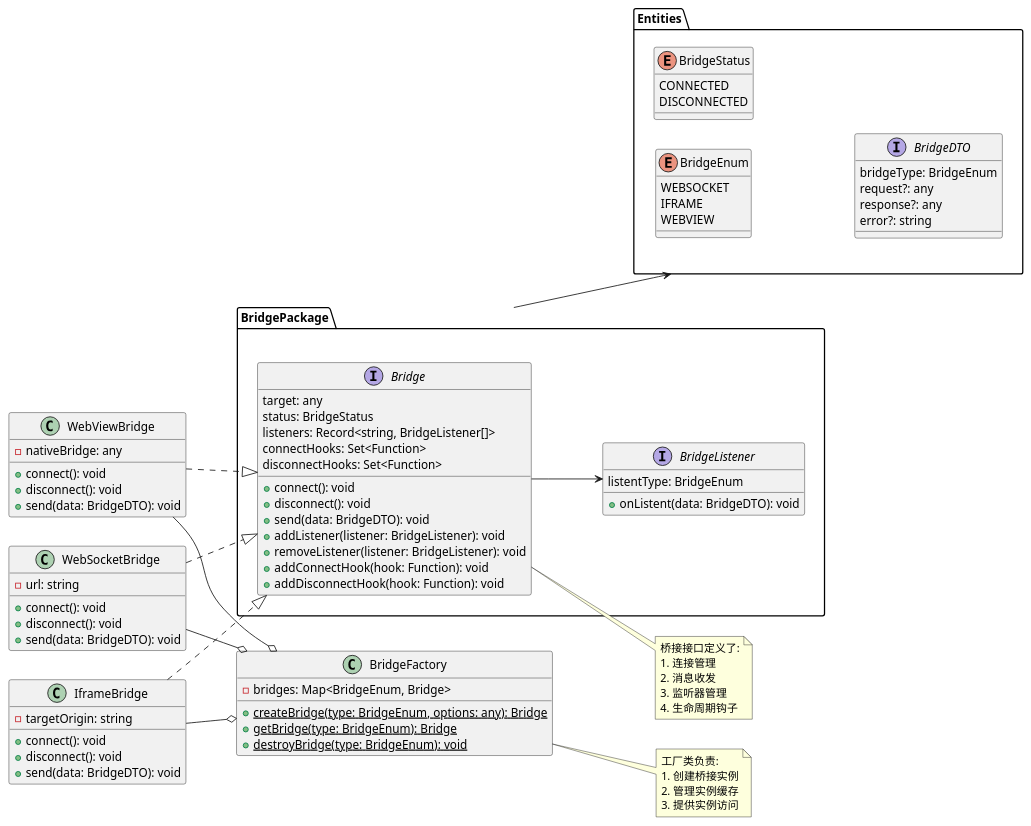
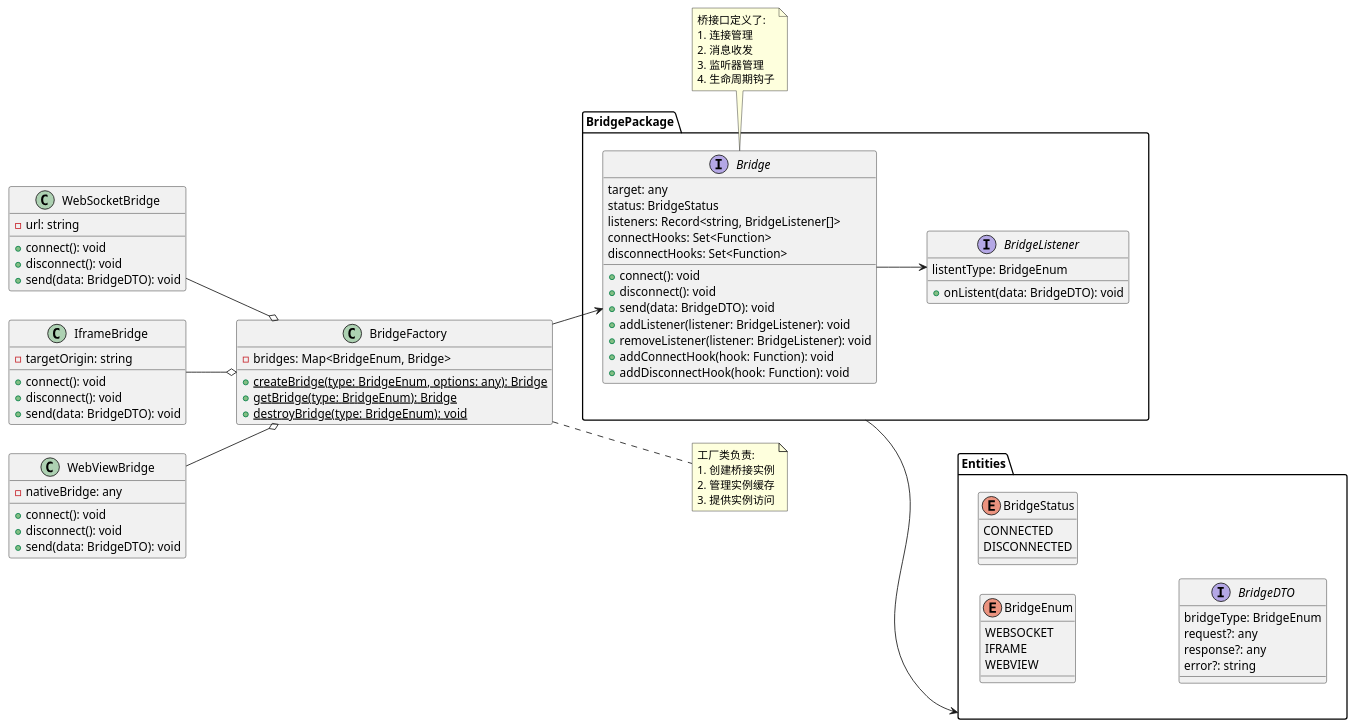
The third of 3 diagrams in docs/blogs/codes/js/多端通讯.md (inksnowhailong/inksnow-blog), drawn with PlantUML before and after one commit.

Commit message:
小改动

```diff
--- a/docs/blogs/codes/js/多端通讯.md
+++ b/docs/blogs/codes/js/多端通讯.md
@@ -886,17 +886,15 @@
 ' 关系定义
 BridgePackage --> Entities
 Bridge --> BridgeListener
+BridgeFactory --> Bridge
 
-WebSocketBridge ..|> Bridge
-IframeBridge ..|> Bridge
-WebViewBridge ..|> Bridge
 
 WebSocketBridge --o BridgeFactory
 IframeBridge --o BridgeFactory
 WebViewBridge --o BridgeFactory
 
-note right of Bridge
-    桥接接口定义了:
+note bottom of Bridge
+    桥接口定义了:
     1. 连接管理
     2. 消息收发
     3. 监听器管理
```
